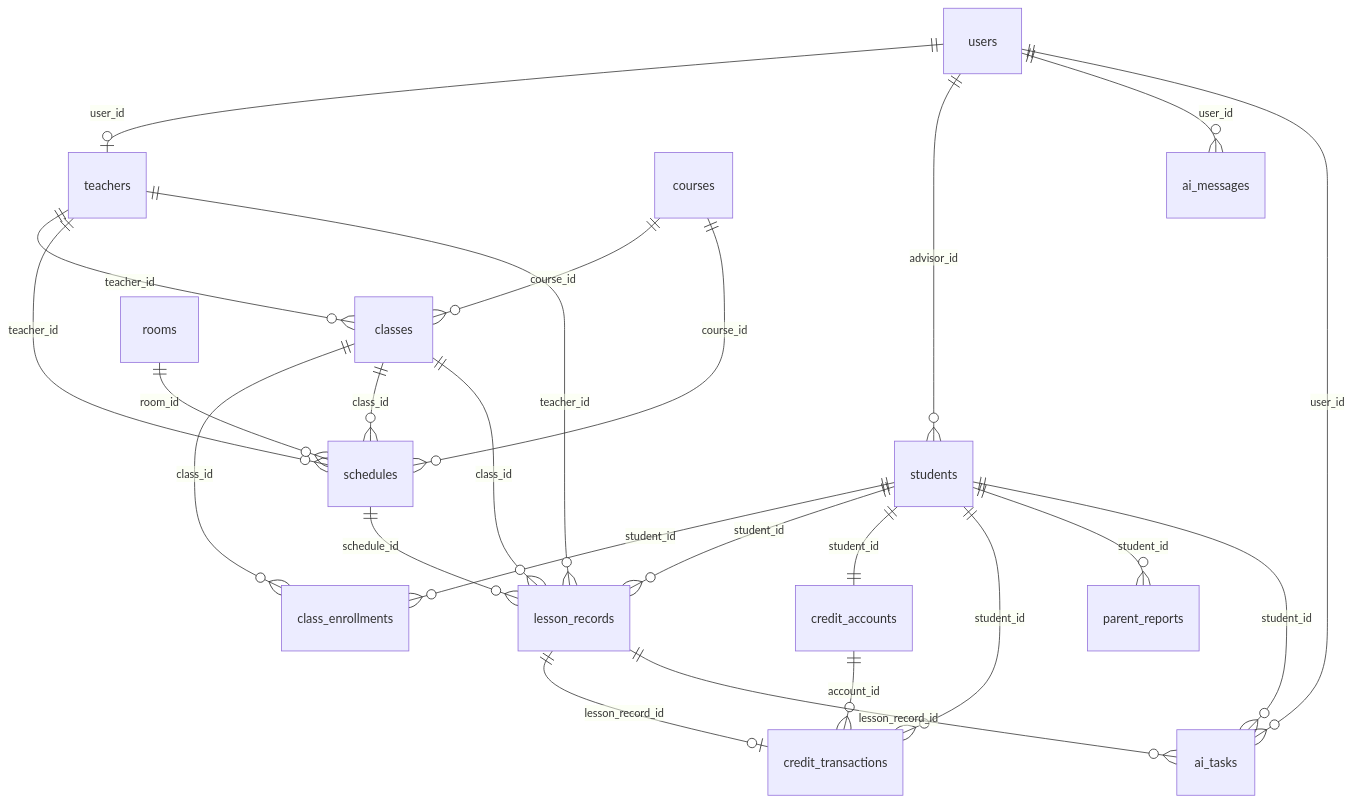
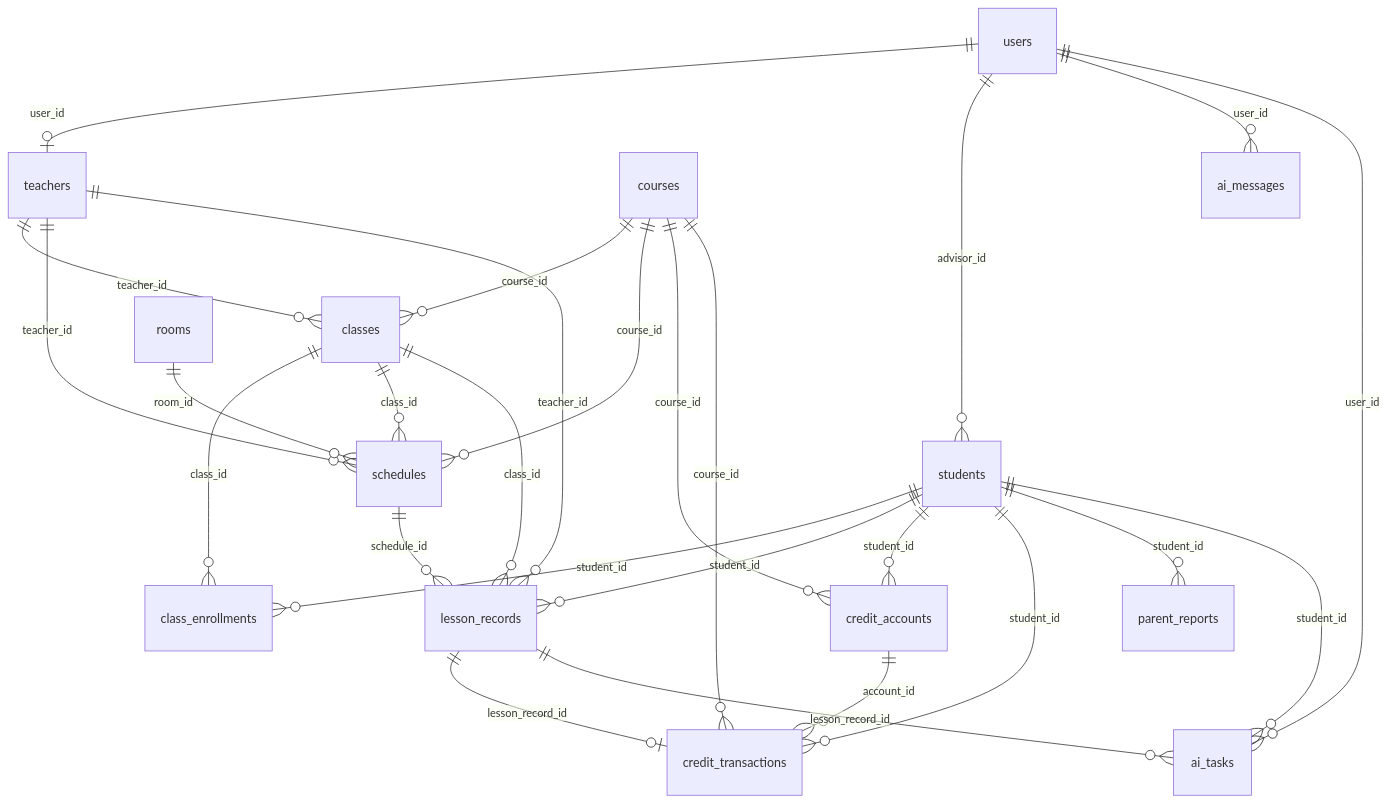
Before and after one commit to qc131-ai/lingshu-longrui-system: the diagram in docs/database-schema.md, drawn with Mermaid. The commit also changed other lines of this file and 36 other files, not shown here.

````diff
--- a/docs/database-schema.md
+++ b/docs/database-schema.md
@@ -50,26 +50,28 @@
 ```mermaid
 erDiagram
     users ||--o| teachers : "user_id"
     users ||--o{ students : "advisor_id"
     courses ||--o{ classes : "course_id"
     teachers ||--o{ classes : "teacher_id"
     classes ||--o{ class_enrollments : "class_id"
     students ||--o{ class_enrollments : "student_id"
     courses ||--o{ schedules : "course_id"
     teachers ||--o{ schedules : "teacher_id"
     classes ||--o{ schedules : "class_id"
     rooms ||--o{ schedules : "room_id"
     schedules ||--o{ lesson_records : "schedule_id"
     classes ||--o{ lesson_records : "class_id"
     students ||--o{ lesson_records : "student_id"
     teachers ||--o{ lesson_records : "teacher_id"
-    students ||--|| credit_accounts : "student_id"
+    students ||--o{ credit_accounts : "student_id"
+    courses ||--o{ credit_accounts : "course_id"
     credit_accounts ||--o{ credit_transactions : "account_id"
     students ||--o{ credit_transactions : "student_id"
+    courses ||--o{ credit_transactions : "course_id"
     lesson_records ||--o| credit_transactions : "lesson_record_id"
     students ||--o{ parent_reports : "student_id"
     users ||--o{ ai_messages : "user_id"
     users ||--o{ ai_tasks : "user_id"
     students ||--o{ ai_tasks : "student_id"
     lesson_records ||--o{ ai_tasks : "lesson_record_id"
 ```
````
